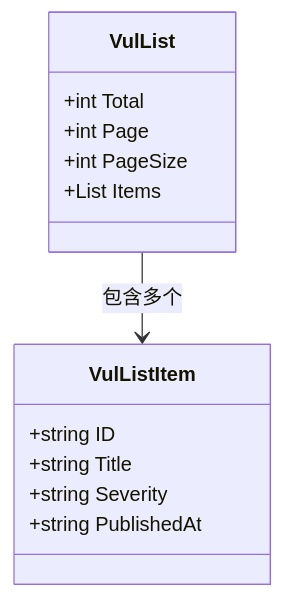
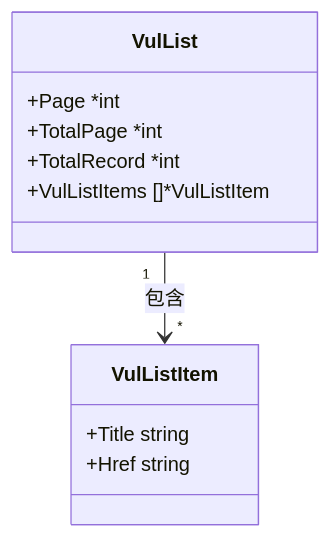
The diagram in website/docs/api-cnvd-skills/vul-list.md (scagogogo/cnvd-skills), drawn with Mermaid before and after one commit. The commit also changed other lines of this file and 59 other files, not shown here.

````diff
--- a/website/docs/api-cnvd-skills/vul-list.md
+++ b/website/docs/api-cnvd-skills/vul-list.md
@@ -13,16 +49,14 @@
 ```mermaid
 classDiagram
     class VulList {
-        +int Total
-        +int Page
-        +int PageSize
-        +List Items
+        +Page *int
+        +TotalPage *int
+        +TotalRecord *int
+        +VulListItems []*VulListItem
     }
     class VulListItem {
-        +string ID
-        +string Title
-        +string Severity
-        +string PublishedAt
+        +Title string
+        +Href string
     }
-    VulList --> VulListItem : 包含多个
+    VulList "1" --> "*" VulListItem : 包含
 ```
````
